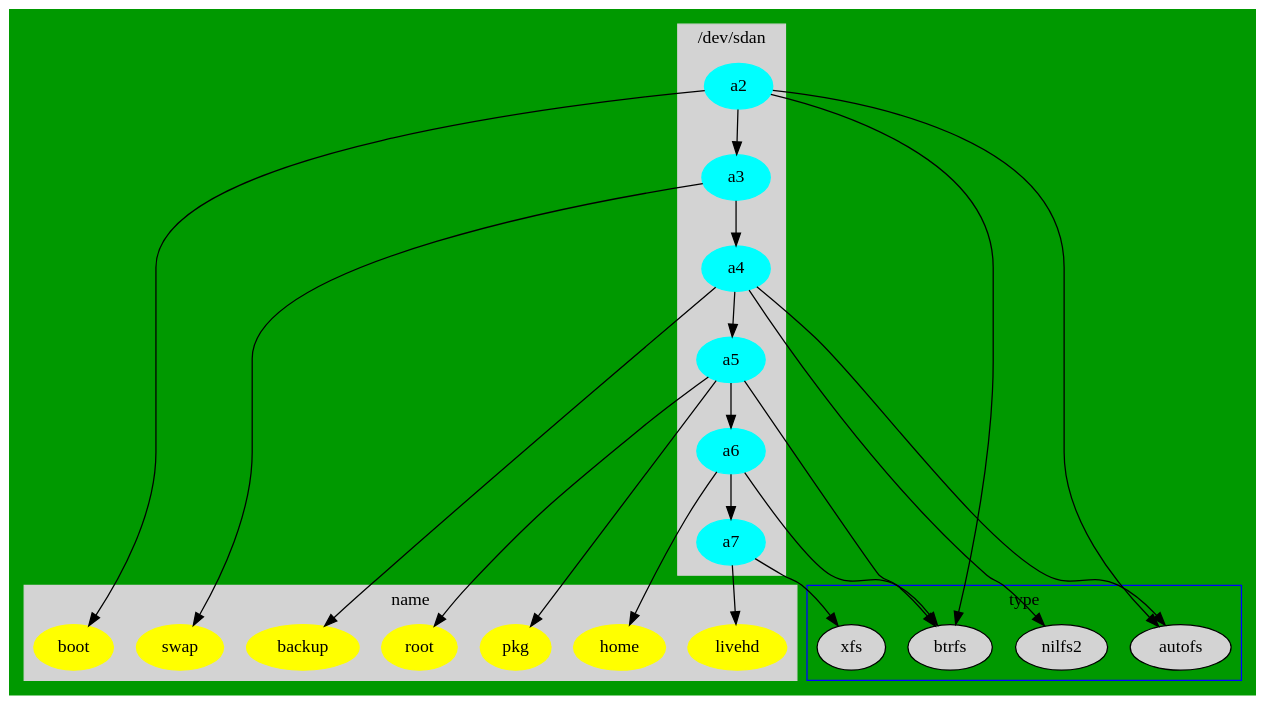
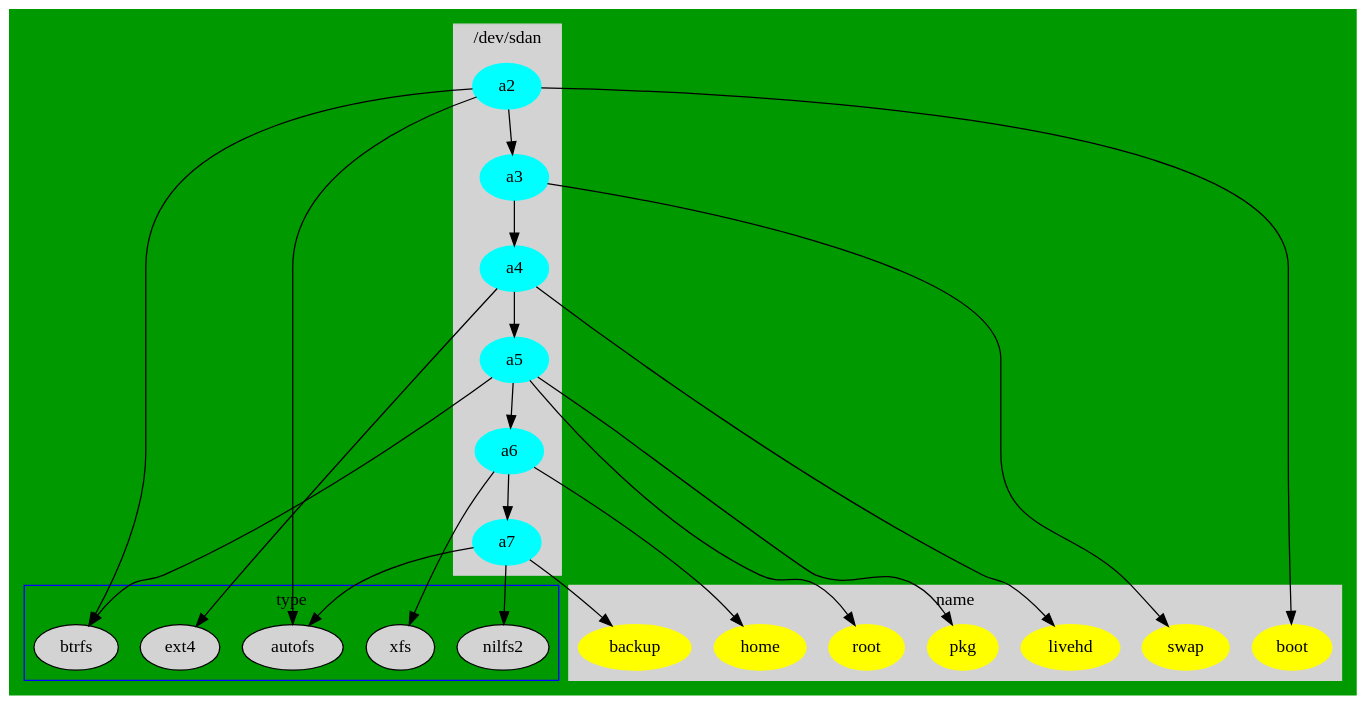
The diagram in dot/.config/dupl/parted.dot (cdede/dotfiles), drawn with Graphviz before and after one commit.

Commit message:
swap 4 7

```diff
--- a/dot/.config/dupl/parted.dot
+++ b/dot/.config/dupl/parted.dot
@@ -1,50 +1,52 @@
 // dot -Tpng  parted.dot -o line1.png
 digraph G {
   bgcolor ="#009900";
 
 	subgraph cluster_0 {
 		style=filled;
 		color=lightgrey;
 		node [style=filled,color=cyan];
 		a2 -> a3 ->a4-> a5->a6->a7;
 		label = "/dev/sdan";
 	}
 
 	subgraph cluster_1 {
 		node [style=filled];
 		btrfs;
                 xfs;
+                ext4;
                 autofs;
                 nilfs2;
 		label = "type";
 		color=blue
 	}
 	subgraph cluster_2 {
 		style=filled;
 		color=lightgrey;
 		node [style=filled,color=yellow];
 		boot;
 		backup;
                 livehd;
 		root ;
                 pkg;  //  /var/cache/pacman/pkg
 		swap;
 		home;
 		label = "name";
 	}
 
 	a2 -> boot;
 	a2 -> btrfs;
 	a2 -> autofs;
         a3 -> swap ;
-        a4 -> backup;
-        a4 -> nilfs2;
-        a4 -> autofs;
+        a7 -> backup;
+        a7 -> nilfs2;
+        a7 -> autofs;
         a5 -> root ;
         a5 -> pkg ;
 	a5 -> btrfs;
-	a6 -> btrfs;
+	a6 -> xfs;
+ //       Maximizing_Performance
         a6 -> home;
-        a7 ->livehd;
-        a7 ->xfs;
+        a4 ->livehd;
+        a4 ->ext4;
 }
```
